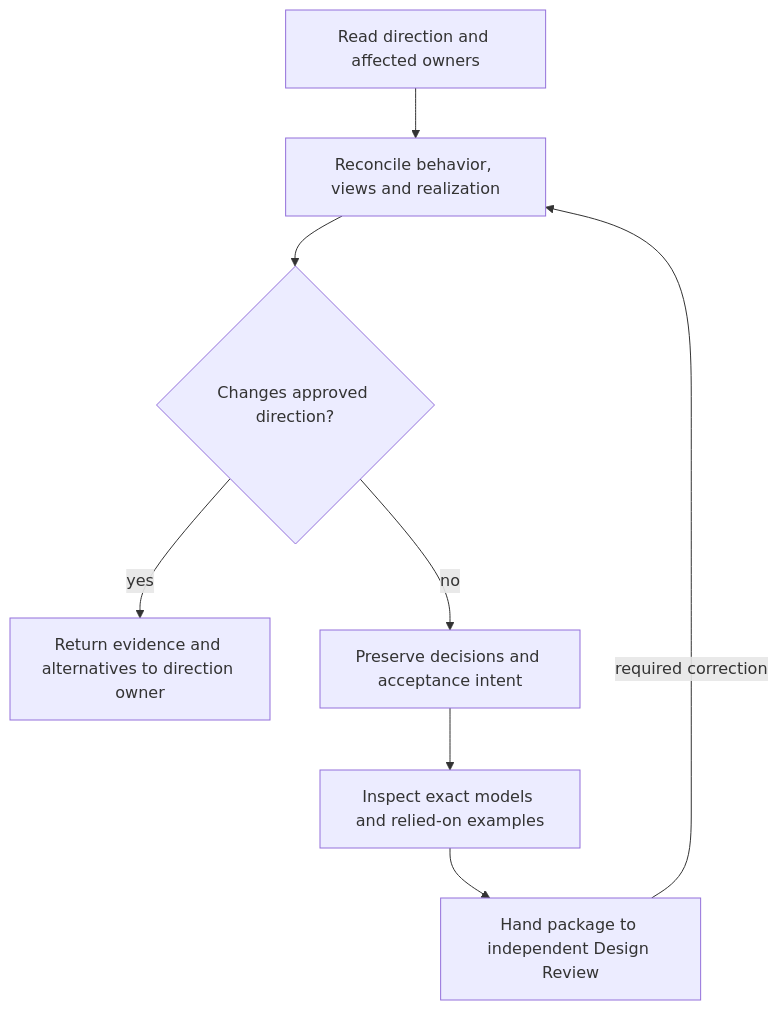
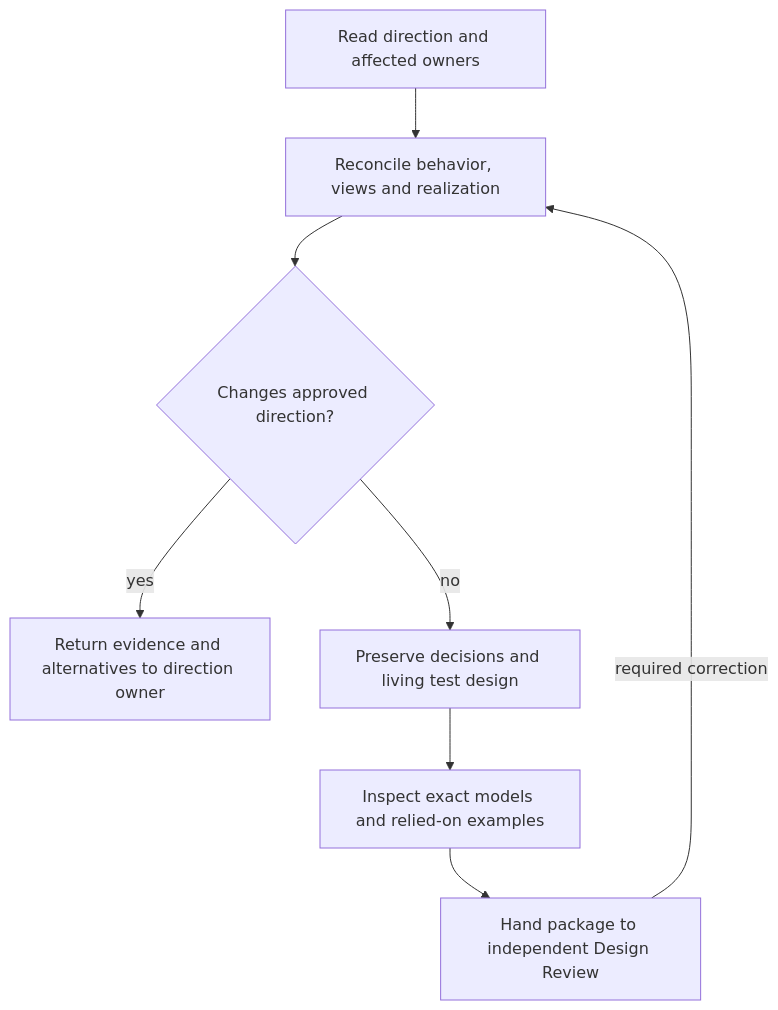
The fourth of 4 diagrams in docs/design/skill/authoring/design.md (xiongxianfei/rigorloop), drawn with Mermaid before and after one commit. The commit also changed other lines of this file and 123 other files, not shown here.

````diff
--- a/docs/design/skill/authoring/design.md
+++ b/docs/design/skill/authoring/design.md
@@ -136,10 +136,10 @@
 ```mermaid
 flowchart TB
     Read["Read direction and affected owners"] --> Reconcile["Reconcile behavior, views and realization"]
     Reconcile --> Gap{"Changes approved direction?"}
     Gap -->|"yes"| Owner["Return evidence and alternatives to direction owner"]
-    Gap -->|"no"| Intent["Preserve decisions and acceptance intent"]
+    Gap -->|"no"| Intent["Preserve decisions and living test design"]
     Intent --> Inspect["Inspect exact models and relied-on examples"]
     Inspect --> Review["Hand package to independent Design Review"]
     Review -->|"required correction"| Reconcile
 ```
````
